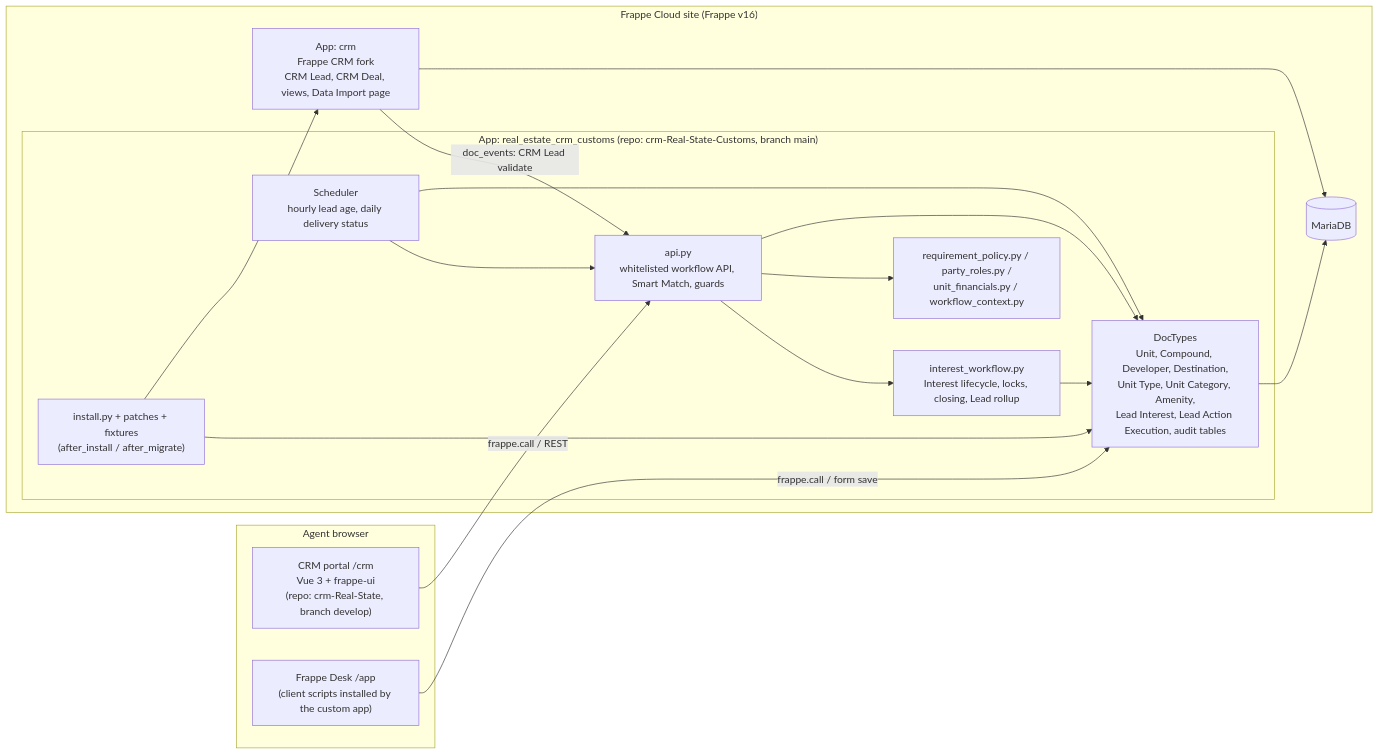
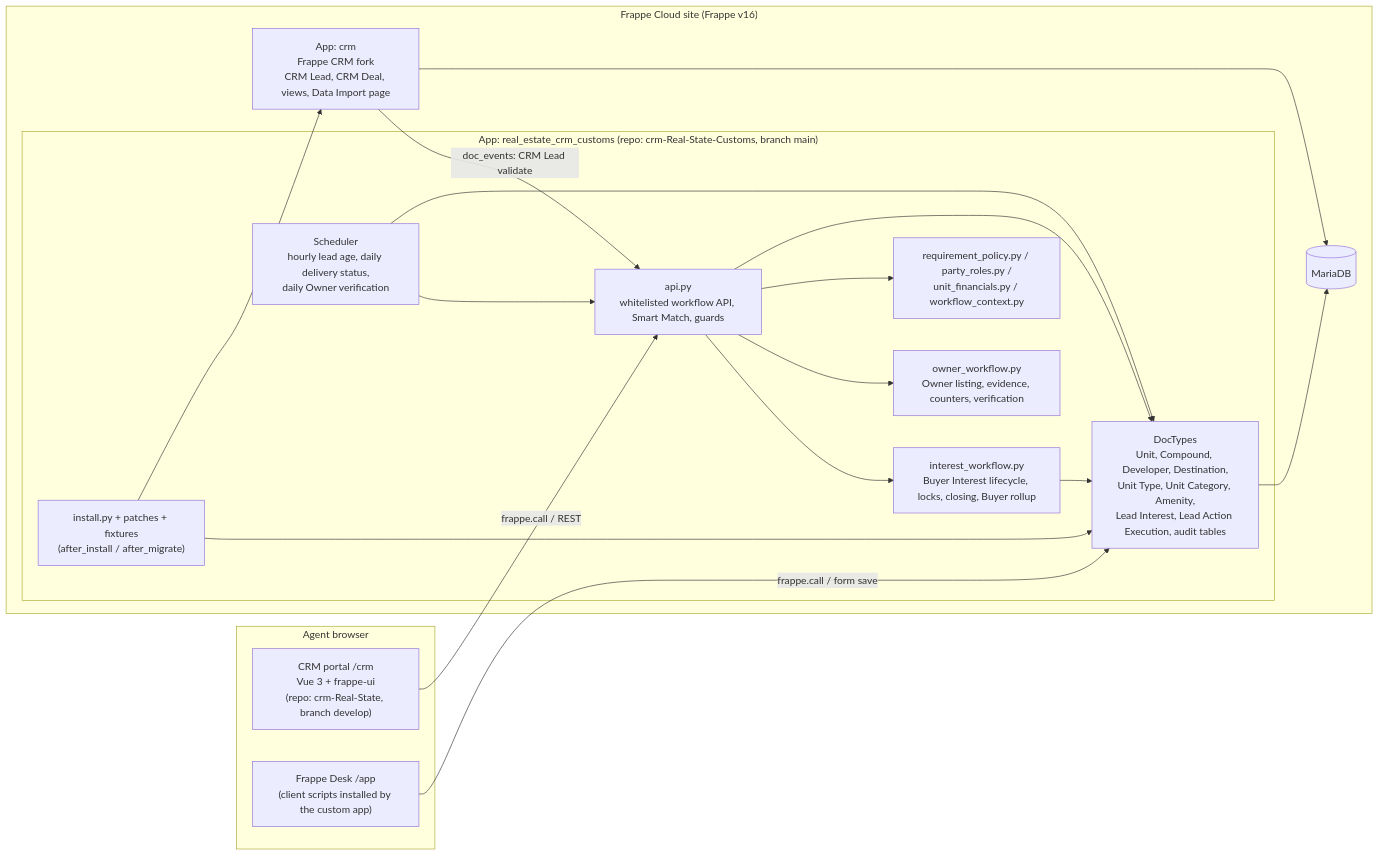
One commit to Cloudy-Z/crm-Real-State-Customs changed the first of 9 diagrams in docs/TECHNICAL_GUIDE.md. Above: the diagram before and after it, drawn with Mermaid. The commit also changed other lines of this file and 24 other files, not shown here.

First line of the commit message:
feat: add guided Owner Unit listing workflow

````diff
--- a/docs/TECHNICAL_GUIDE.md
+++ b/docs/TECHNICAL_GUIDE.md
@@ -60,32 +60,34 @@
 ```mermaid
 flowchart LR
     subgraph Browser["Agent browser"]
         Portal["CRM portal /crm<br/>Vue 3 + frappe-ui<br/>(repo: crm-Real-State, branch develop)"]
         Desk["Frappe Desk /app<br/>(client scripts installed by the custom app)"]
     end
     subgraph Site["Frappe Cloud site (Frappe v16)"]
         CRM["App: crm<br/>Frappe CRM fork<br/>CRM Lead, CRM Deal, views, Data Import page"]
         subgraph CustomParts["App: real_estate_crm_customs (repo: crm-Real-State-Customs, branch main)"]
             API["api.py<br/>whitelisted workflow API, Smart Match, guards"]
-            IW["interest_workflow.py<br/>Interest lifecycle, locks, closing, Lead rollup"]
+            IW["interest_workflow.py<br/>Buyer Interest lifecycle, locks, closing, Buyer rollup"]
+            OW["owner_workflow.py<br/>Owner listing, evidence, counters, verification"]
             Policy["requirement_policy.py / party_roles.py /<br/>unit_financials.py / workflow_context.py"]
             DT["DocTypes<br/>Unit, Compound, Developer, Destination,<br/>Unit Type, Unit Category, Amenity,<br/>Lead Interest, Lead Action Execution, audit tables"]
             Install["install.py + patches + fixtures<br/>(after_install / after_migrate)"]
-            Sched["Scheduler<br/>hourly lead age, daily delivery status"]
+            Sched["Scheduler<br/>hourly lead age, daily delivery status,<br/>daily Owner verification"]
         end
         DB[("MariaDB")]
     end
     Portal -- "frappe.call / REST" --> API
     Desk -- "frappe.call / form save" --> DT
     API --> IW
+    API --> OW
     API --> Policy
     IW --> DT
     API --> DT
     CRM -- "doc_events: CRM Lead validate" --> API
     Install --> DT
     Install --> CRM
     Sched --> API
     Sched --> DT
     DT --> DB
     CRM --> DB
 ```
````
